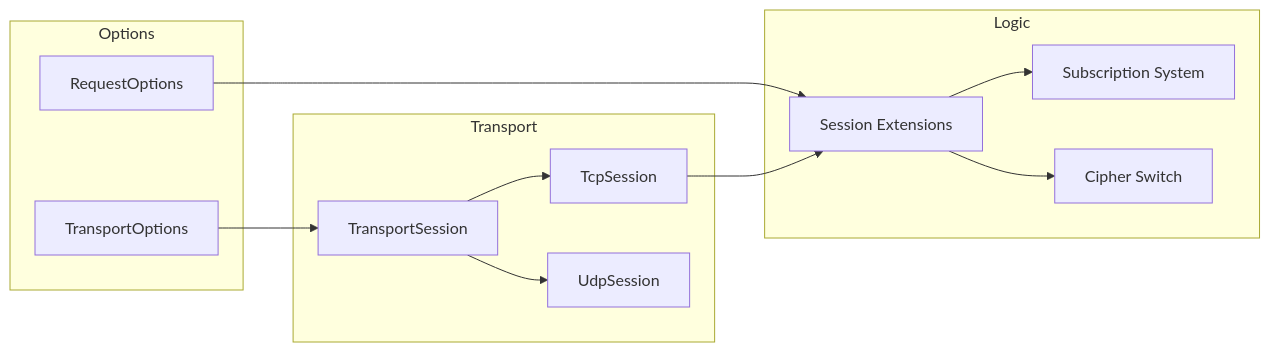
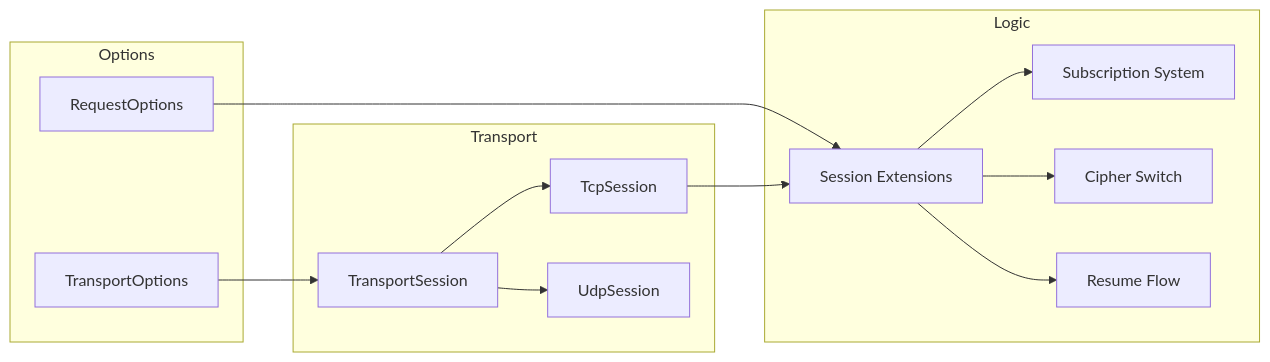
Before and after one commit to ppn-systems/Nalix: the diagram in docs/api/sdk/index.md, drawn with Mermaid. The commit also changed other lines of this file and 36 other files, not shown here.

````diff
--- a/docs/api/sdk/index.md
+++ b/docs/api/sdk/index.md
@@ -7,27 +7,29 @@
 ```mermaid
 graph LR
     subgraph Options
         TO[TransportOptions]
         RO[RequestOptions]
     end
     
     subgraph Transport
         TS[TransportSession]
         TCP[TcpSession]
         UDP[UdpSession]
     end
     
     subgraph Logic
         EXT[Session Extensions]
         SUB[Subscription System]
         CIPHER[Cipher Switch]
+        RESUME[Resume Flow]
     end
     
     TO --> TS
     RO --> EXT
     TS --> TCP
     TS --> UDP
     TCP --> EXT
     EXT --> SUB
     EXT --> CIPHER
+    EXT --> RESUME
 ```
````
